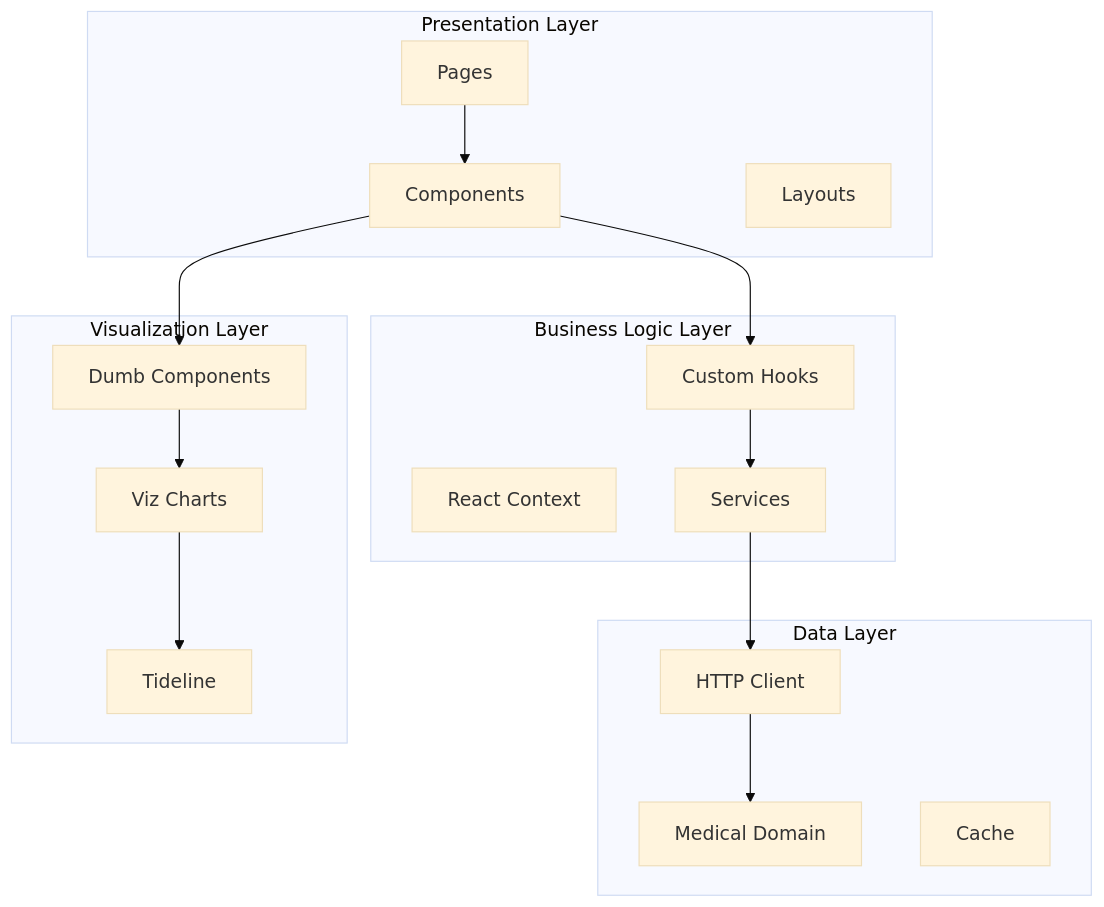
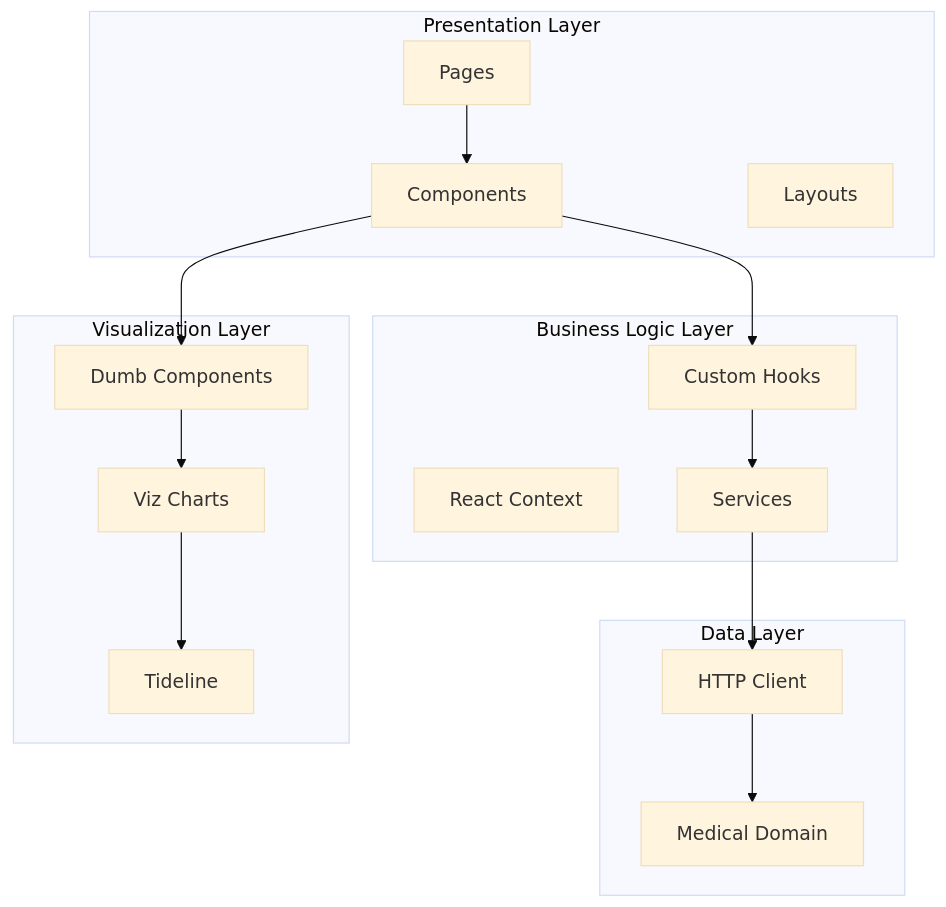
Before and after one commit to mdblp/blip: the second of 9 diagrams in docs/Architecture.md, drawn with Mermaid (base theme). The commit also changed other lines of this file and 6 other files, not shown here.

````diff
--- a/docs/Architecture.md
+++ b/docs/Architecture.md
@@ -47,35 +47,34 @@
 ```mermaid
 flowchart TD
     subgraph Presentation["Presentation Layer"]
         PAGES[Pages]
         COMPONENTS[Components]
         LAYOUT[Layouts]
     end
 
     subgraph Business["Business Logic Layer"]
         HOOKS[Custom Hooks]
         CONTEXT[React Context]
         SERVICES[Services]
     end
 
     subgraph Data["Data Layer"]
         HTTP[HTTP Client]
         MEDICAL[Medical Domain]
-        CACHE[Cache]
     end
 
     subgraph Visualization["Visualization Layer"]
         DUMB[Dumb Components]
         VIZ[Viz Charts]
         TIDELINE[Tideline]
     end
 
     PAGES --> COMPONENTS
     COMPONENTS --> HOOKS
     HOOKS --> SERVICES
     SERVICES --> HTTP
     HTTP --> MEDICAL
     COMPONENTS --> DUMB
     DUMB --> VIZ
     VIZ --> TIDELINE
 ```
````
